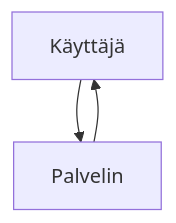
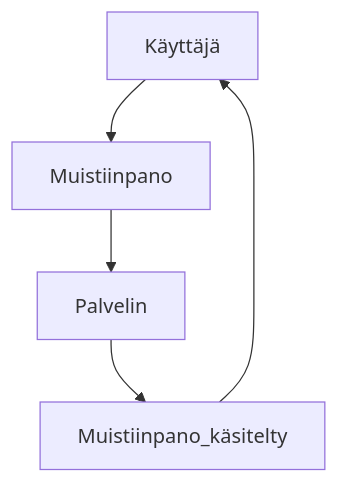
The diagram in README.md (MiroIhalainen/Web-sovellusten-toimintaperiaatteet), drawn with Mermaid before and after one commit.

````diff
--- a/README.md
+++ b/README.md
@@ -3,5 +3,7 @@
 ```mermaid
 graph TD;
-  Käyttäjä-->Palvelin
-  Palvelin-->Käyttäjä
+  Käyttäjä-->Muistiinpano
+  Muistiinpano-->Palvelin
+  Palvelin-->Muistiinpano_käsitelty
+  Muistiinpano_käsitelty-->Käyttäjä
 ```
````
